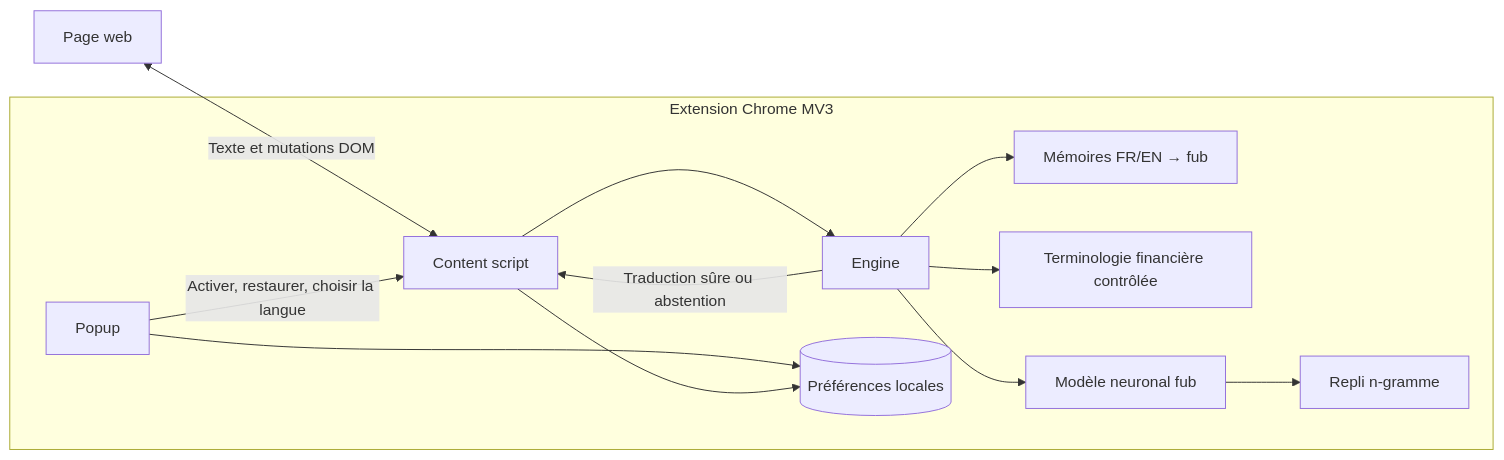
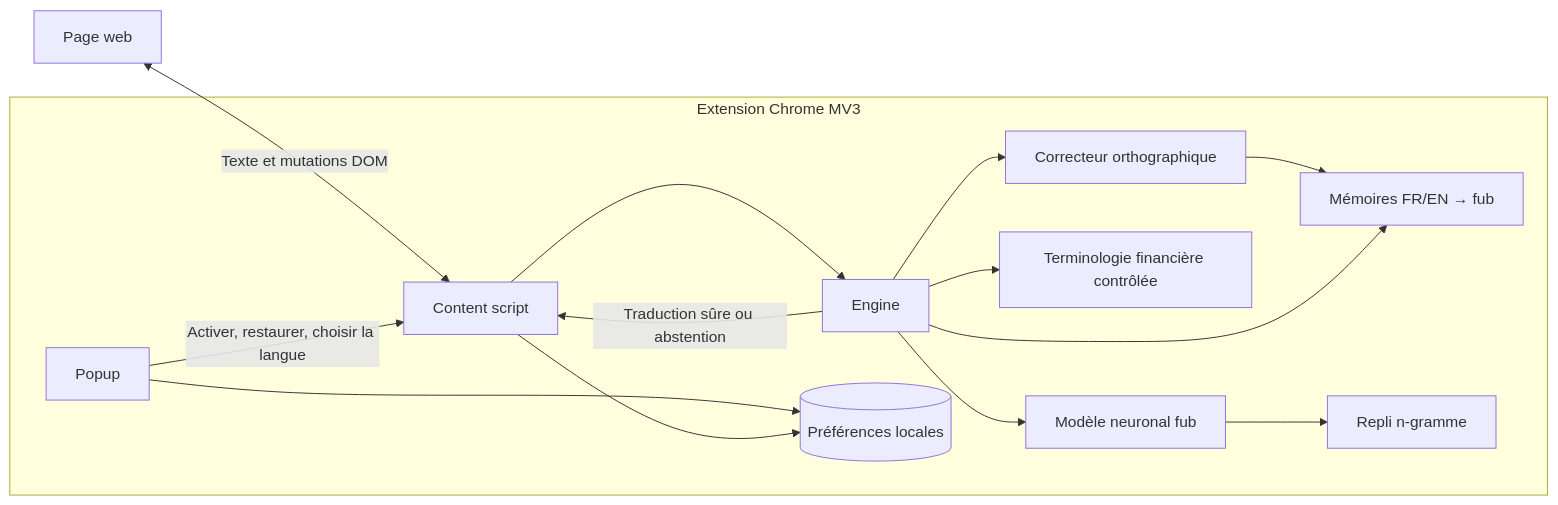
One commit to kaezerwatto/KORA changed the first of 7 diagrams in docs/ARCHITECTURE.md. Above: the diagram before and after it, drawn with Mermaid. The commit also changed other lines of this file and 21 other files, not shown here.

````diff
--- a/docs/ARCHITECTURE.md
+++ b/docs/ARCHITECTURE.md
@@ -17,24 +17,27 @@
 ```mermaid
 flowchart LR
     subgraph Chrome["Extension Chrome MV3"]
         P[Popup]
         C[Content script]
         E[Engine]
+        SC[Correcteur orthographique]
         TM[Mémoires FR/EN → fub]
         CT[Terminologie financière contrôlée]
         LM[Modèle neuronal fub]
         NG[Repli n-gramme]
         S[(Préférences locales)]
     end
 
     W[Page web] <-->|Texte et mutations DOM| C
     P -->|Activer, restaurer, choisir la langue| C
     P --> S
     C --> S
     C --> E
+    E --> SC
+    SC --> TM
     E --> TM
     E --> CT
     E --> LM
     LM --> NG
     E -->|Traduction sûre ou abstention| C
 ```
````
